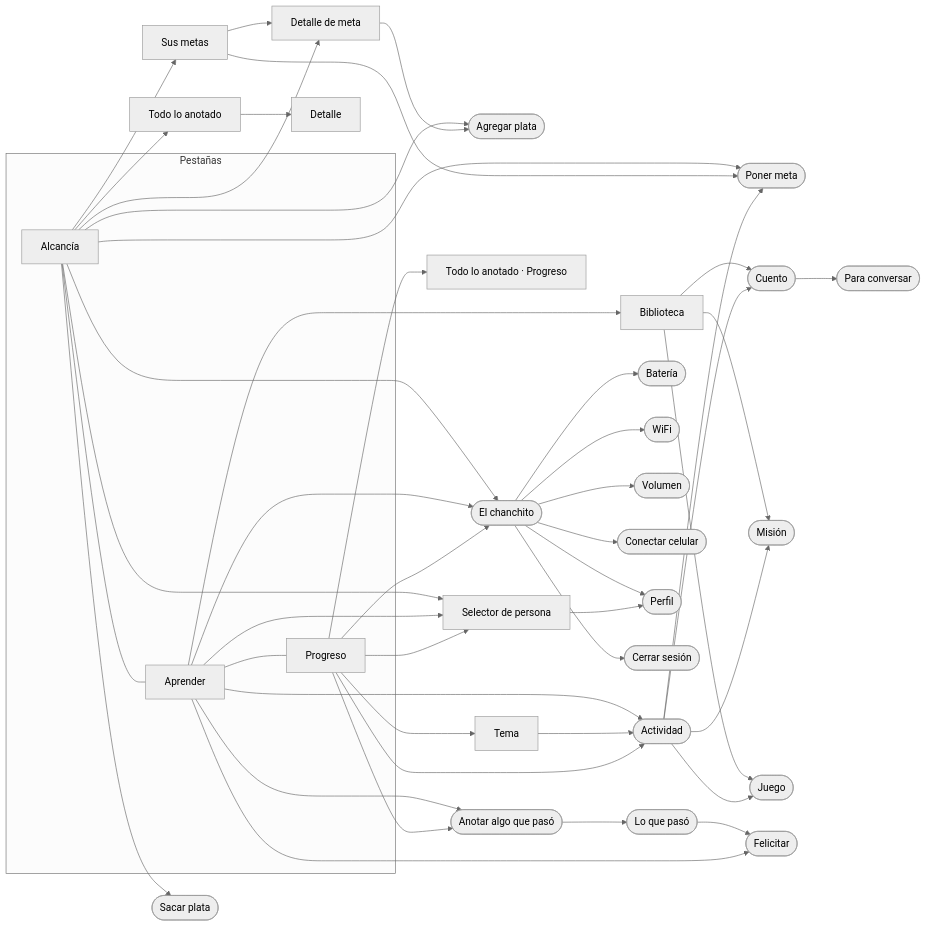
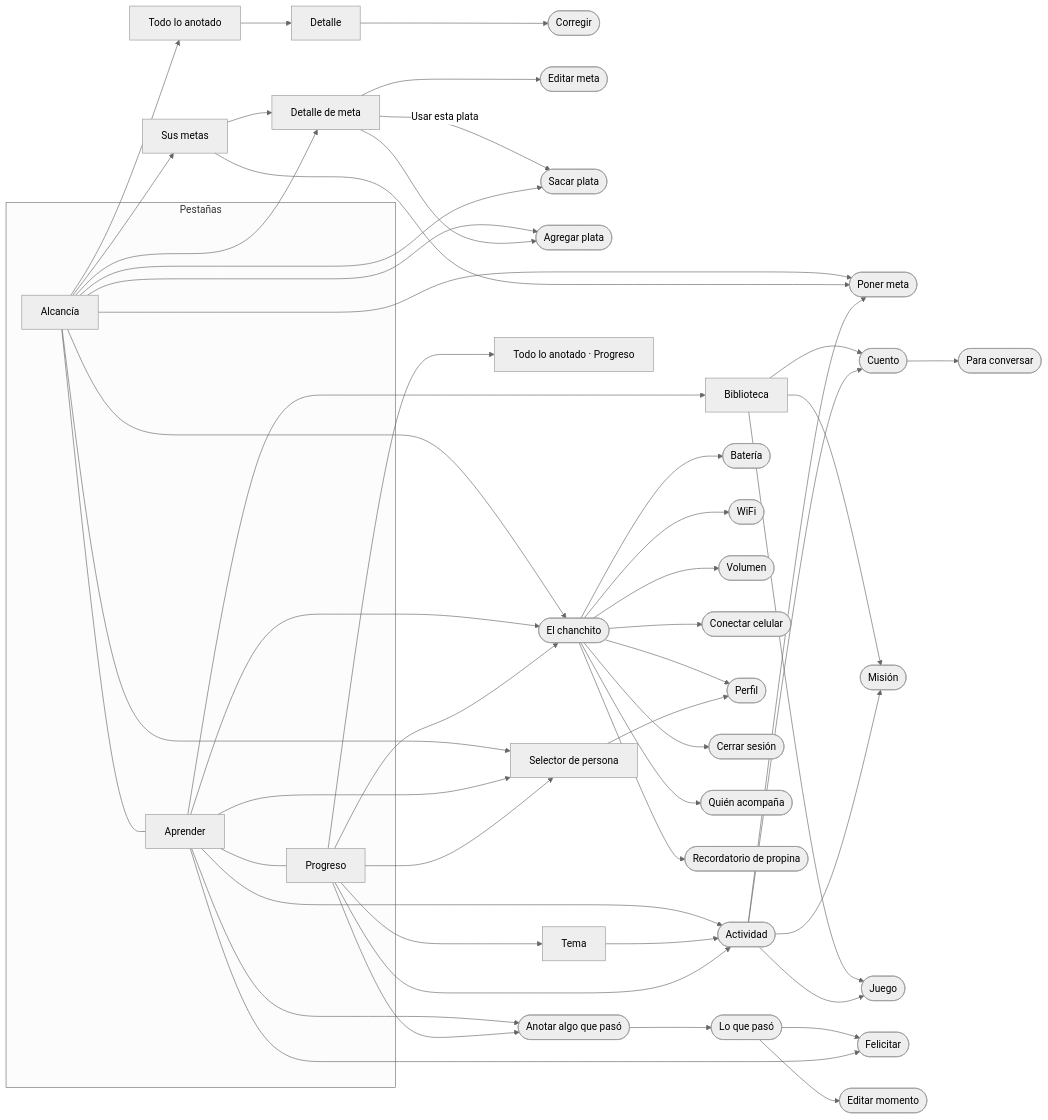
Before and after one commit to renzovallejo/alcanciacambios: the first of 6 diagrams in scripts/handoff/docs/02-especificacion/flujos.md, drawn with Mermaid (neutral theme). The commit also changed other lines of this file and 44 other files, not shown here.

First line of the commit message:
Revisión por tipos de usuario: quién envía la plata y 14 mejoras de flujo

````diff
--- a/scripts/handoff/docs/02-especificacion/flujos.md
+++ b/scripts/handoff/docs/02-especificacion/flujos.md
@@ -7,23 +7,27 @@
 ```mermaid
 flowchart LR
   subgraph Pestañas
     A[Alcancía] --- B[Aprender] --- C[Progreso]
   end
   A --> M[Sus metas] --> MD[Detalle de meta]
   A --> MD
-  A --> L[Todo lo anotado] --> LD[Detalle]
+  A --> L[Todo lo anotado] --> LD[Detalle] --> LE([Corregir])
+  MD --> ME([Editar meta])
+  MD -->|Usar esta plata| F2
   A --> F1([Agregar plata])
   A --> F2([Sacar plata])
   MD --> F1
   A & M --> NM([Poner meta])
   B --> BI[Biblioteca] --> CU([Cuento]) & MI([Misión]) & JU([Juego])
   B --> AC([Actividad]) --> CU & MI & JU & NM
   CU --> GU([Para conversar])
   B & C --> AN([Anotar algo que pasó]) --> MO([Lo que pasó]) --> FE([Felicitar])
   B --> FE
   C --> TE[Tema] --> AC
   C --> AV[Todo lo anotado · Progreso]
   C --> AC
   A & B & C --> CH([El chanchito]) --> BA([Batería]) & WI([WiFi]) & VO([Volumen]) & EM([Conectar celular]) & PE([Perfil]) & SE([Cerrar sesión])
+  CH --> QA([Quién acompaña]) & RE([Recordatorio de propina])
+  MO --> NE([Editar momento])
   A & B & C --> PS[Selector de persona] --> PE
 ```
````
